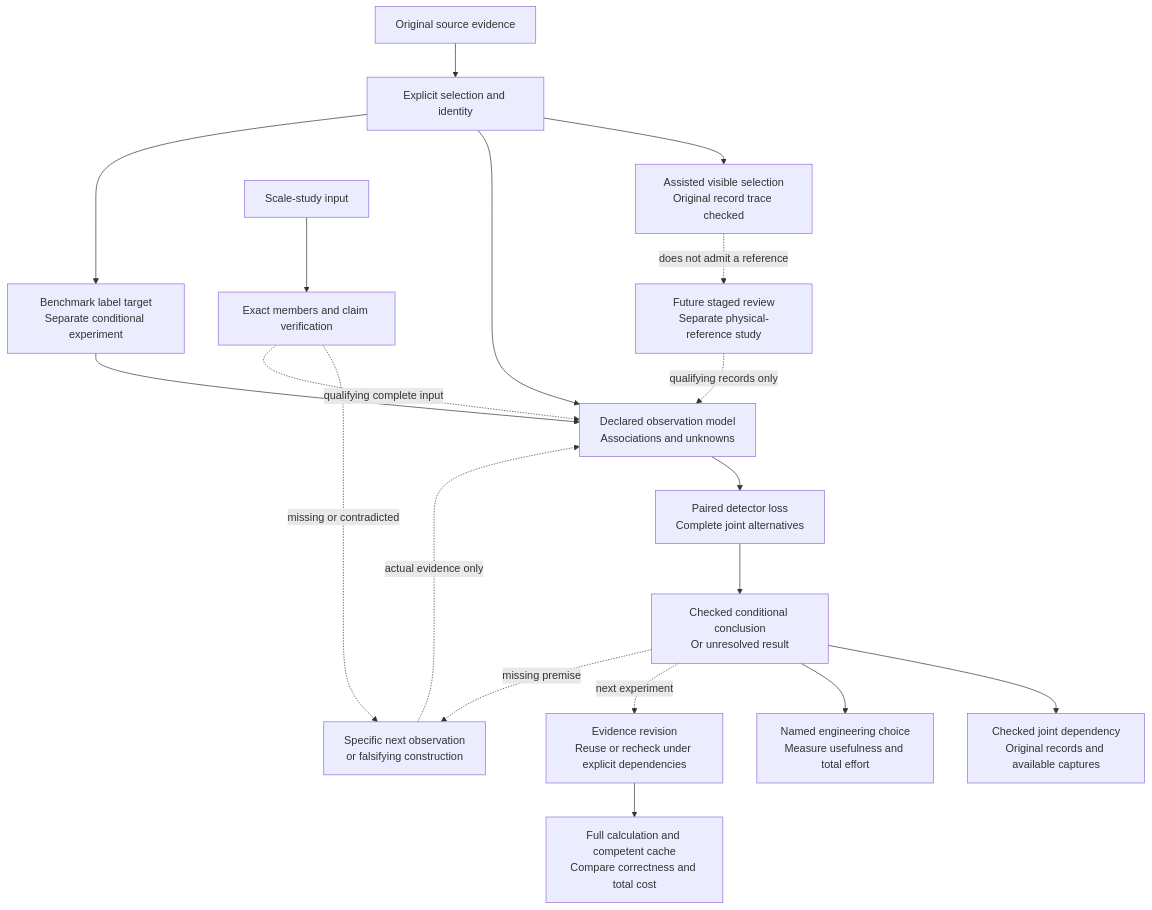
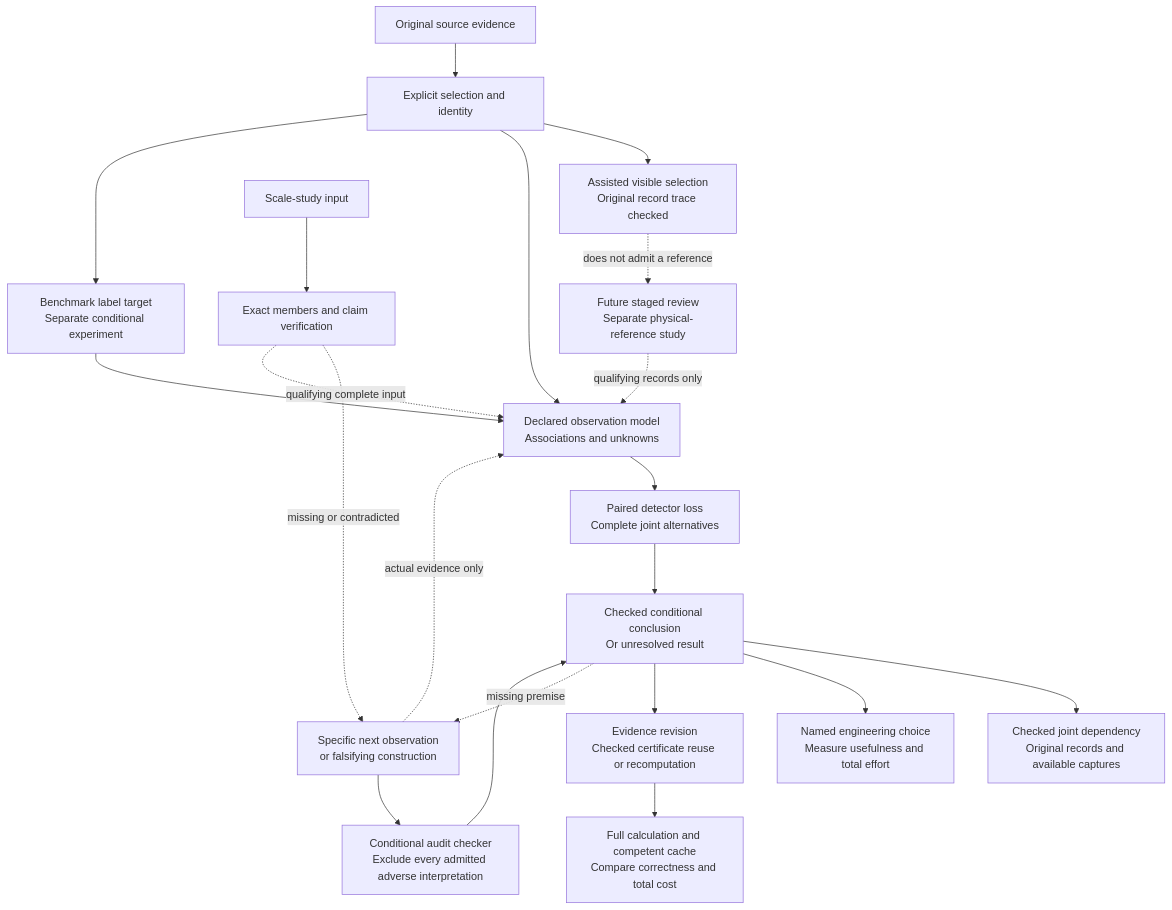
Before and after one commit to manfromnowhere143/reiyah: the first of 2 diagrams in docs/ENGINE_ROADMAP_2026-09-13.md, drawn with Mermaid. The commit also changed other lines of this file and 23 other files, not shown here.

Commit message:
Add checked detector replacement and conditional audit certificates

````diff
--- a/docs/ENGINE_ROADMAP_2026-09-13.md
+++ b/docs/ENGINE_ROADMAP_2026-09-13.md
@@ -40,21 +41,23 @@
 ```mermaid
 flowchart TB
   O["Original source evidence"] --> I["Explicit selection and identity"]
   I --> S["Assisted visible selection<br/>Original record trace checked"]
   S -. "does not admit a reference" .-> H["Future staged review<br/>Separate physical-reference study"]
   H -. "qualifying records only" .-> M
   I --> M["Declared observation model<br/>Associations and unknowns"]
   I --> B["Benchmark label target<br/>Separate conditional experiment"]
   B --> M
   M --> D["Paired detector loss<br/>Complete joint alternatives"]
   D --> C["Checked conditional conclusion<br/>Or unresolved result"]
   C --> T["Checked joint dependency<br/>Original records and available captures"]
   P["Scale-study input"] --> J["Exact members and claim verification"]
   J -. "missing or contradicted" .-> Q
   J -. "qualifying complete input" .-> M
   C --> U["Named engineering choice<br/>Measure usefulness and total effort"]
-  C -. "next experiment" .-> R["Evidence revision<br/>Reuse or recheck under explicit dependencies"]
+  C --> R["Evidence revision<br/>Checked certificate reuse or recomputation"]
   R --> B0["Full calculation and competent cache<br/>Compare correctness and total cost"]
+  Q --> A0["Conditional audit checker<br/>Exclude every admitted adverse interpretation"]
+  A0 --> C
   C -. "missing premise" .-> Q["Specific next observation<br/>or falsifying construction"]
   Q -. "actual evidence only" .-> M
 ```
````
